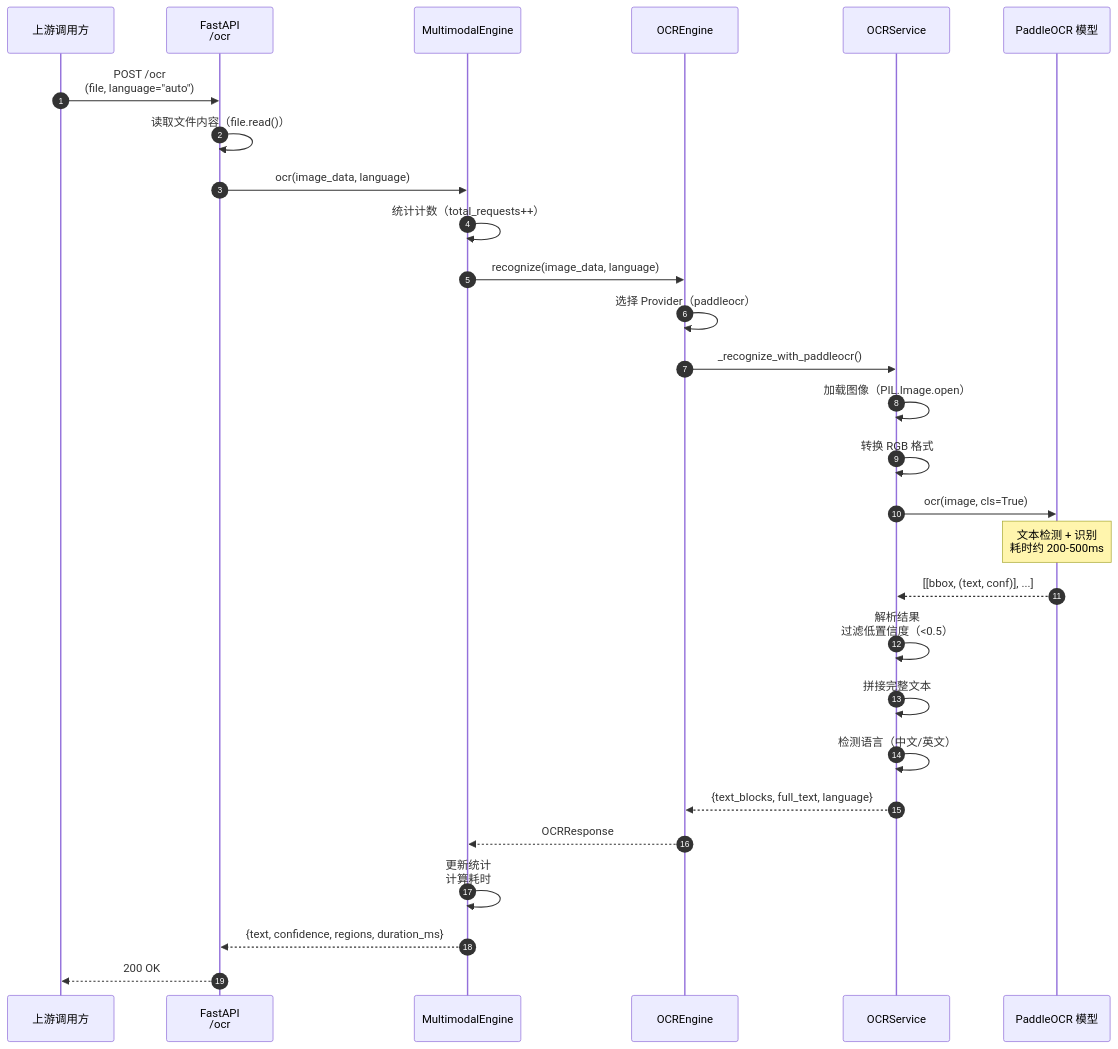
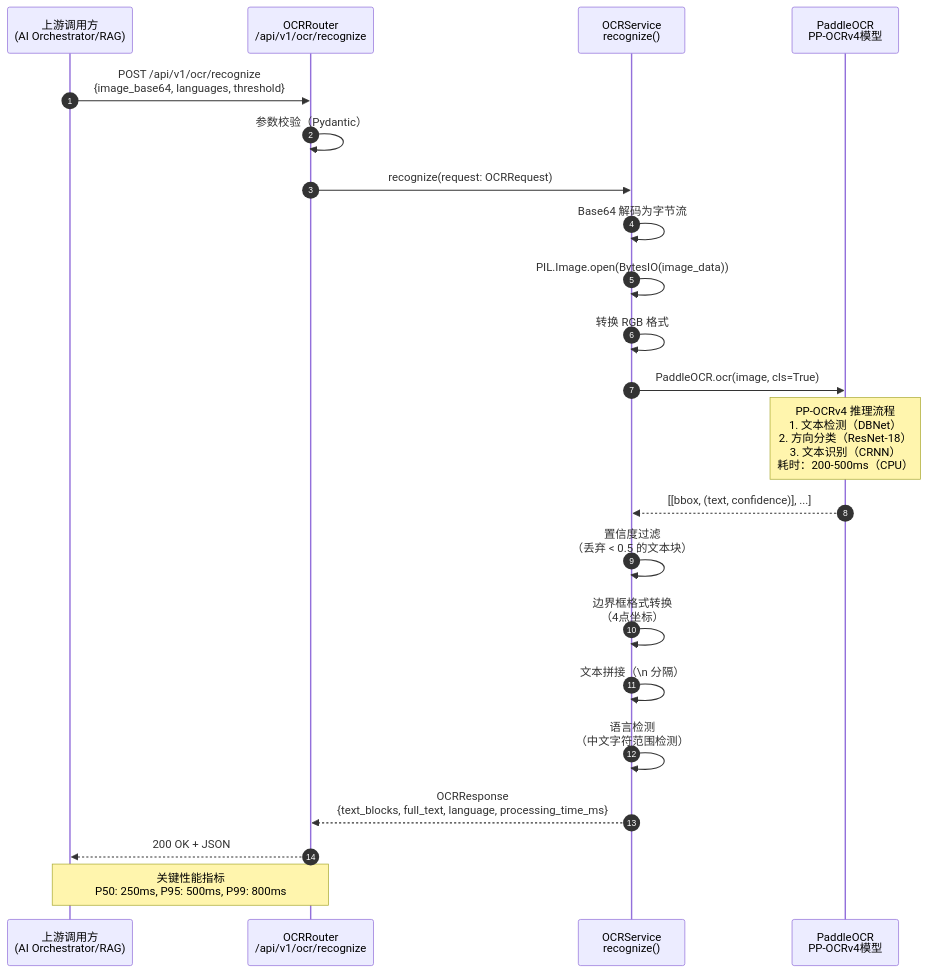
The third of 6 diagrams in docs/VoiceAssistant-11-Multimodal-Engine.md (haoyunlt/VoiceAssistant), drawn with Mermaid before and after one commit. The commit also changed other lines of this file and 161 other files, not shown here.

````diff
--- a/docs/VoiceAssistant-11-Multimodal-Engine.md
+++ b/docs/VoiceAssistant-11-Multimodal-Engine.md
@@ -493,40 +843,34 @@
 ```mermaid
 sequenceDiagram
     autonumber
-    participant Client as 上游调用方
-    participant FastAPI as FastAPI<br/>/ocr
-    participant MMEngine as MultimodalEngine
-    participant OCREngine as OCREngine
-    participant OCRService as OCRService
-    participant PaddleOCR as PaddleOCR 模型
+    participant Client as 上游调用方<br/>(AI Orchestrator/RAG)
+    participant Router as OCRRouter<br/>/api/v1/ocr/recognize
+    participant Service as OCRService<br/>recognize()
+    participant Model as PaddleOCR<br/>PP-OCRv4模型
 
-    Client->>FastAPI: POST /ocr<br/>(file, language="auto")
-    FastAPI->>FastAPI: 读取文件内容（file.read()）
-    FastAPI->>MMEngine: ocr(image_data, language)
+    Client->>Router: POST /api/v1/ocr/recognize<br/>{image_base64, languages, threshold}
 
-    MMEngine->>MMEngine: 统计计数（total_requests++）
-    MMEngine->>OCREngine: recognize(image_data, language)
+    Router->>Router: 参数校验（Pydantic）
+    Router->>Service: recognize(request: OCRRequest)
 
-    OCREngine->>OCREngine: 选择 Provider（paddleocr）
-    OCREngine->>OCRService: _recognize_with_paddleocr()
+    Service->>Service: Base64 解码为字节流
+    Service->>Service: PIL.Image.open(BytesIO(image_data))
+    Service->>Service: 转换 RGB 格式
 
-    OCRService->>OCRService: 加载图像（PIL.Image.open）
-    OCRService->>OCRService: 转换 RGB 格式
-    OCRService->>PaddleOCR: ocr(image, cls=True)
+    Service->>Model: PaddleOCR.ocr(image, cls=True)
 
-    Note over PaddleOCR: 文本检测 + 识别<br/>耗时约 200-500ms
+    Note over Model: PP-OCRv4 推理流程<br/>1. 文本检测（DBNet）<br/>2. 方向分类（ResNet-18）<br/>3. 文本识别（CRNN）<br/>耗时：200-500ms（CPU）
 
-    PaddleOCR-->>OCRService: [[bbox, (text, conf)], ...]
+    Model-->>Service: [[bbox, (text, confidence)], ...]
 
-    OCRService->>OCRService: 解析结果<br/>过滤低置信度（<0.5）
-    OCRService->>OCRService: 拼接完整文本
-    OCRService->>OCRService: 检测语言（中文/英文）
-    OCRService-->>OCREngine: {text_blocks, full_text, language}
+    Service->>Service: 置信度过滤<br/>（丢弃 < 0.5 的文本块）
+    Service->>Service: 边界框格式转换<br/>（4点坐标）
+    Service->>Service: 文本拼接（\n 分隔）
+    Service->>Service: 语言检测<br/>（中文字符范围检测）
 
-    OCREngine-->>MMEngine: OCRResponse
+    Service-->>Router: OCRResponse<br/>{text_blocks, full_text, language, processing_time_ms}
 
-    MMEngine->>MMEngine: 更新统计<br/>计算耗时
-    MMEngine-->>FastAPI: {text, confidence, regions, duration_ms}
+    Router-->>Client: 200 OK + JSON
 
-    FastAPI-->>Client: 200 OK
+    Note over Client,Router: 关键性能指标<br/>P50: 250ms, P95: 500ms, P99: 800ms
 ```
````
